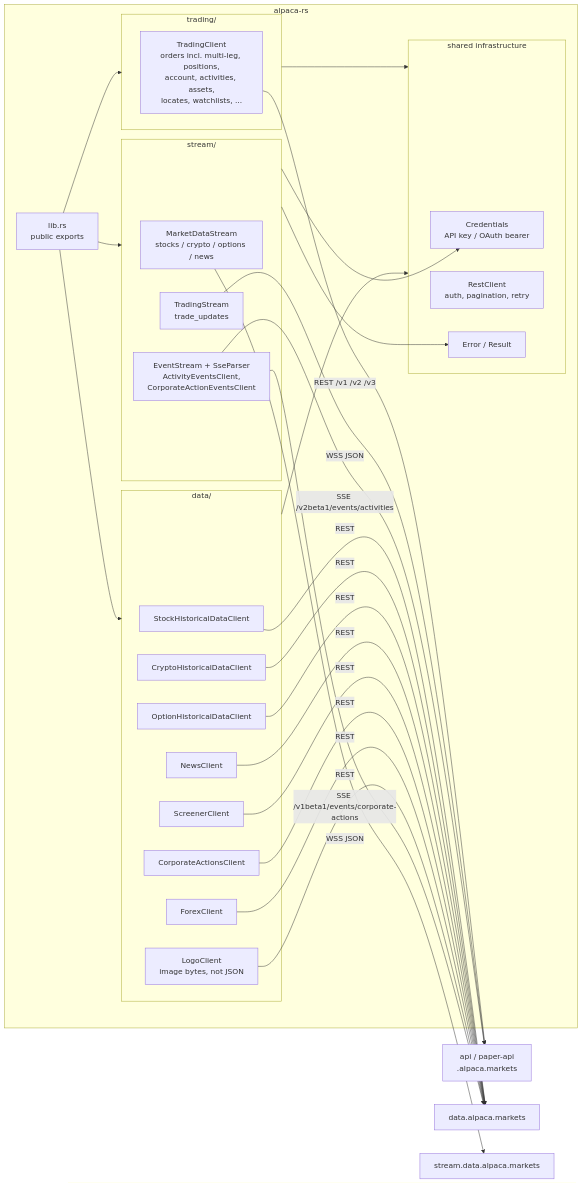
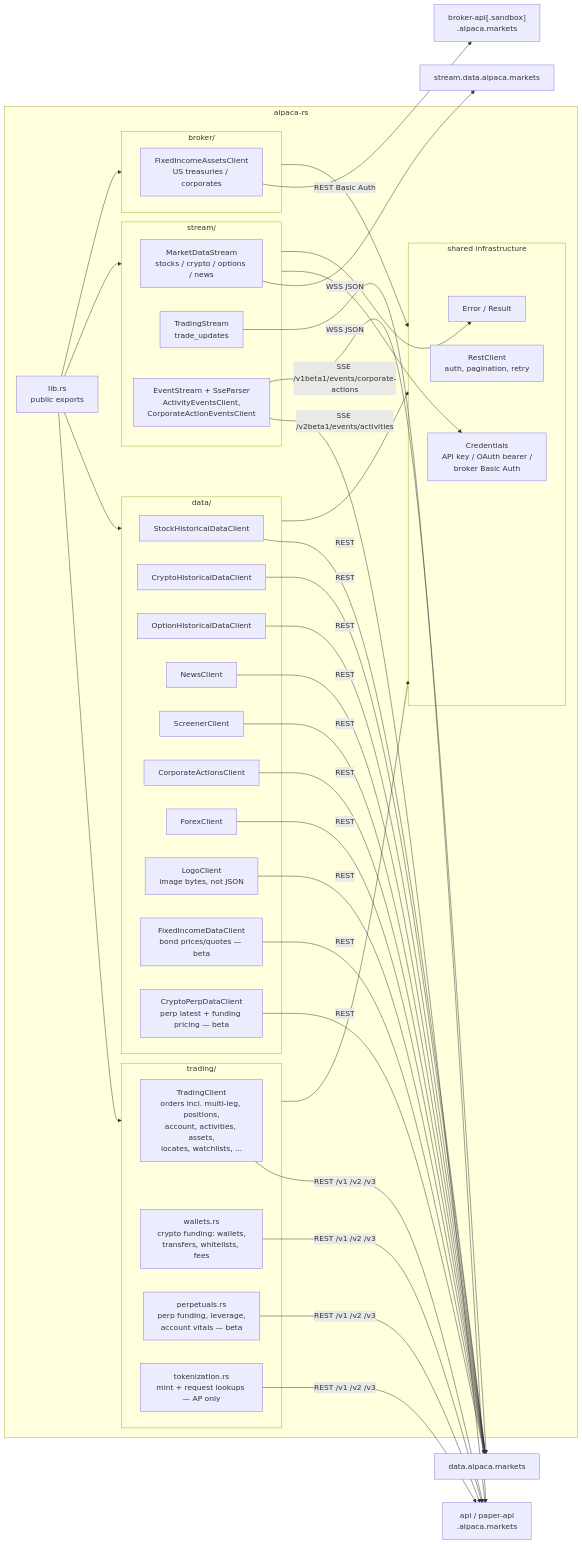
Before and after one commit to johnathonfox/alpaca-rs-client: the diagram in docs/diagrams/architecture.mmd, drawn with Mermaid. The commit also changed 23 other files, not shown here.

Commit message:
feat: add crypto wallets, tokenization, fixed income, and crypto perps (ADR 0003)

```diff
--- a/docs/diagrams/architecture.mmd
+++ b/docs/diagrams/architecture.mmd
@@ -1,39 +1,48 @@
 flowchart LR
     subgraph alpaca-rs
         lib[lib.rs<br/>public exports]
         subgraph infra [shared infrastructure]
-            cred[Credentials<br/>API key / OAuth bearer]
+            cred[Credentials<br/>API key / OAuth bearer /<br/>broker Basic Auth]
             rest[RestClient<br/>auth, pagination, retry]
             err[Error / Result]
         end
         subgraph trading [trading/]
             tc[TradingClient<br/>orders incl. multi-leg, positions,<br/>account, activities, assets,<br/>locates, watchlists, ...]
+            wal[wallets.rs<br/>crypto funding: wallets,<br/>transfers, whitelists, fees]
+            perp[perpetuals.rs<br/>perp funding, leverage,<br/>account vitals — beta]
+            tok[tokenization.rs<br/>mint + request lookups — AP only]
         end
         subgraph data [data/]
             stock[StockHistoricalDataClient]
             crypto[CryptoHistoricalDataClient]
             option[OptionHistoricalDataClient]
             news[NewsClient]
             screen[ScreenerClient]
             ca[CorporateActionsClient]
             fx[ForexClient]
             logo[LogoClient<br/>image bytes, not JSON]
+            fi[FixedIncomeDataClient<br/>bond prices/quotes — beta]
+            cperp[CryptoPerpDataClient<br/>perp latest + funding pricing — beta]
+        end
+        subgraph broker [broker/]
+            fiassets[FixedIncomeAssetsClient<br/>US treasuries / corporates]
         end
         subgraph stream [stream/]
             mds[MarketDataStream<br/>stocks / crypto / options / news]
             ts[TradingStream<br/>trade_updates]
             sse[EventStream + SseParser<br/>ActivityEventsClient,<br/>CorporateActionEventsClient]
         end
     end
 
-    tc -->|REST /v1 /v2 /v3| tapi[api / paper-api<br/>.alpaca.markets]
-    stock & crypto & option & news & screen & ca & fx & logo -->|REST| dapi[data.alpaca.markets]
+    tc & wal & perp & tok -->|REST /v1 /v2 /v3| tapi[api / paper-api<br/>.alpaca.markets]
+    stock & crypto & option & news & screen & ca & fx & logo & fi & cperp -->|REST| dapi[data.alpaca.markets]
+    fiassets -->|REST Basic Auth| bapi["broker-api[.sandbox]<br/>.alpaca.markets"]
     mds -->|WSS JSON| sdata[stream.data.alpaca.markets]
     ts -->|WSS JSON| tapi
     sse -->|SSE /v2beta1/events/activities| tapi
     sse -->|SSE /v1beta1/events/corporate-actions| dapi
 
-    lib --> trading & data & stream
-    trading & data --> infra
+    lib --> trading & data & stream & broker
+    trading & data & broker --> infra
     stream --> cred
     stream --> err
```
